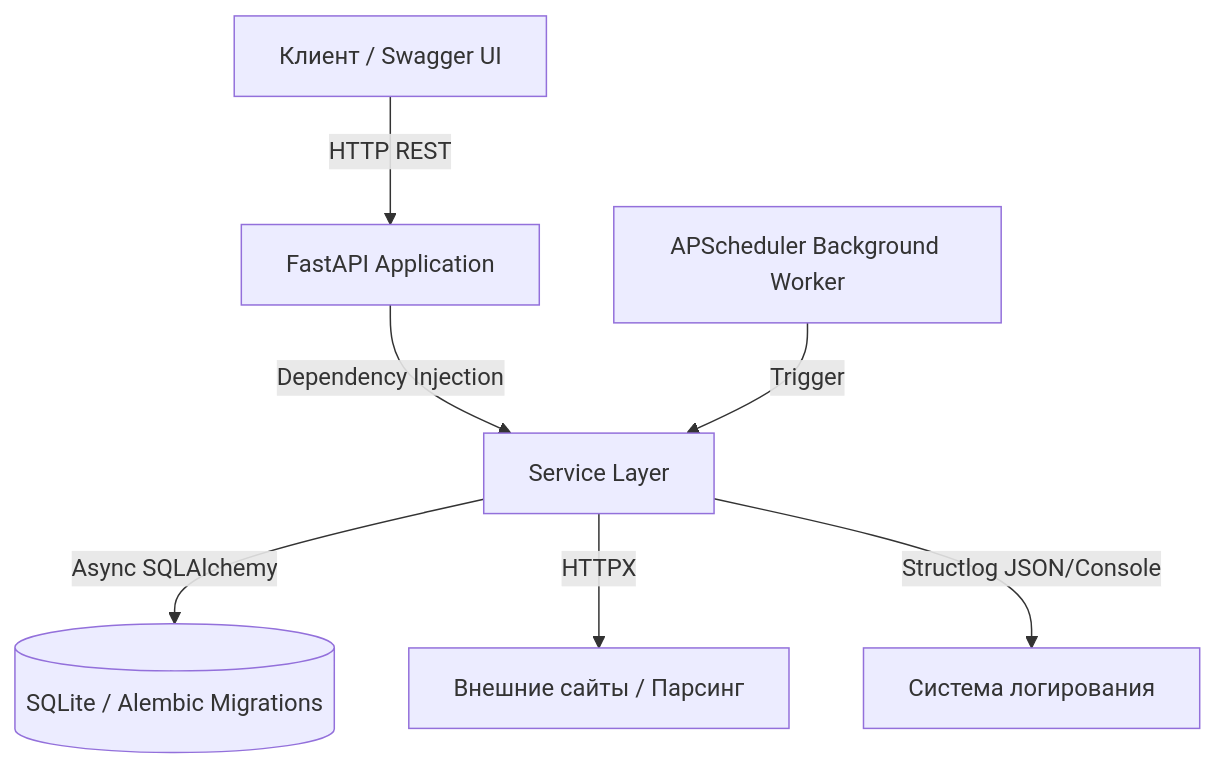
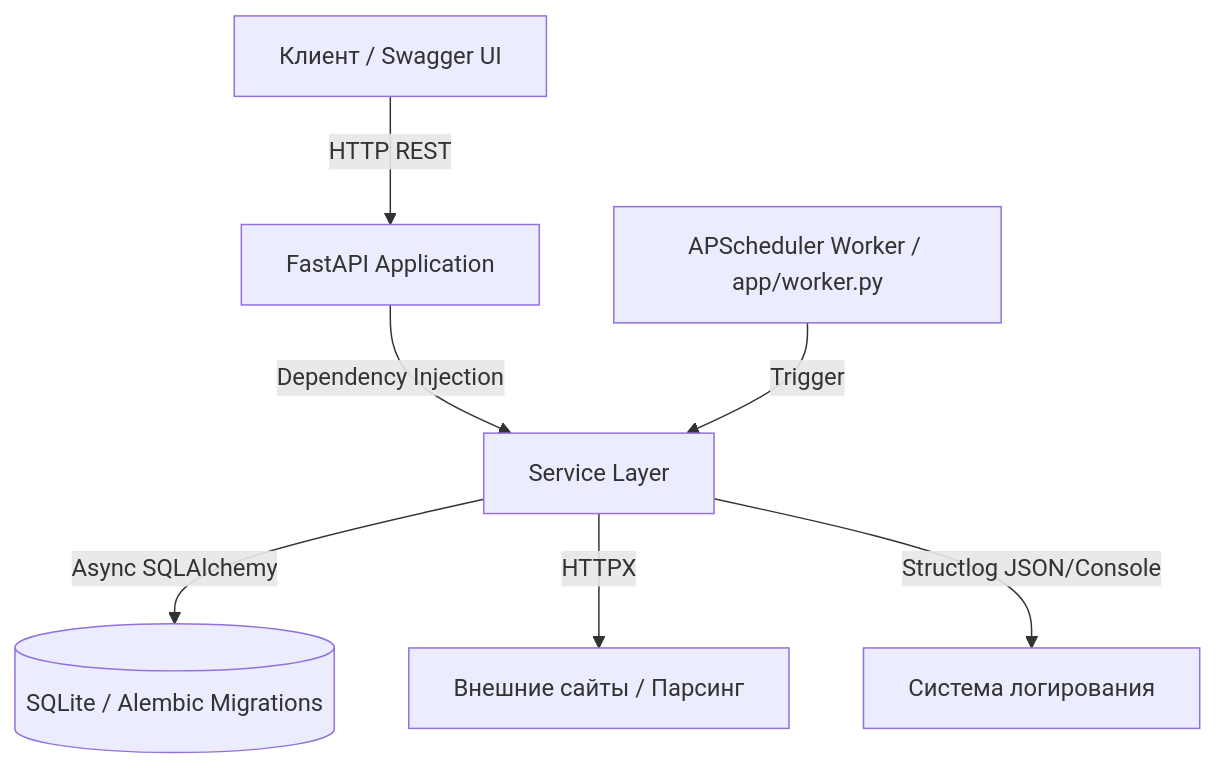
Before and after one commit to Jennyyy392/smartmonitor: the diagram in README.md, drawn with Mermaid. The commit also changed other lines of this file and 13 other files, not shown here.

````diff
--- a/README.md
+++ b/README.md
@@ -13,9 +13,9 @@
 ```mermaid
 graph TD
     Client[Клиент / Swagger UI] -->|HTTP REST| API[FastAPI Application]
     API -->|Dependency Injection| Service[Service Layer]
     Service -->|Async SQLAlchemy| DB[(SQLite / Alembic Migrations)]
     Service -->|HTTPX| External[Внешние сайты / Парсинг]
-    Scheduler[APScheduler Background Worker] -->|Trigger| Service
+    Scheduler[APScheduler Worker / app/worker.py] -->|Trigger| Service
     Service -->|Structlog JSON/Console| Logs[Система логирования]
 ```
````
